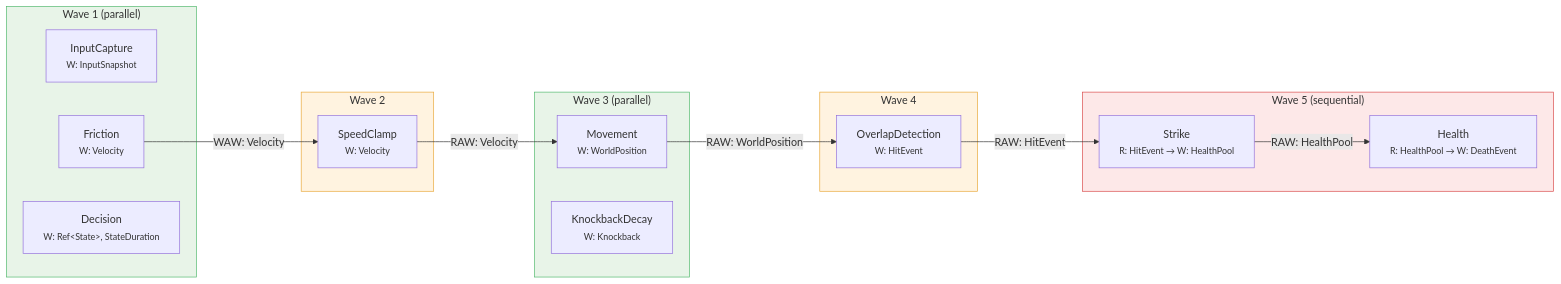
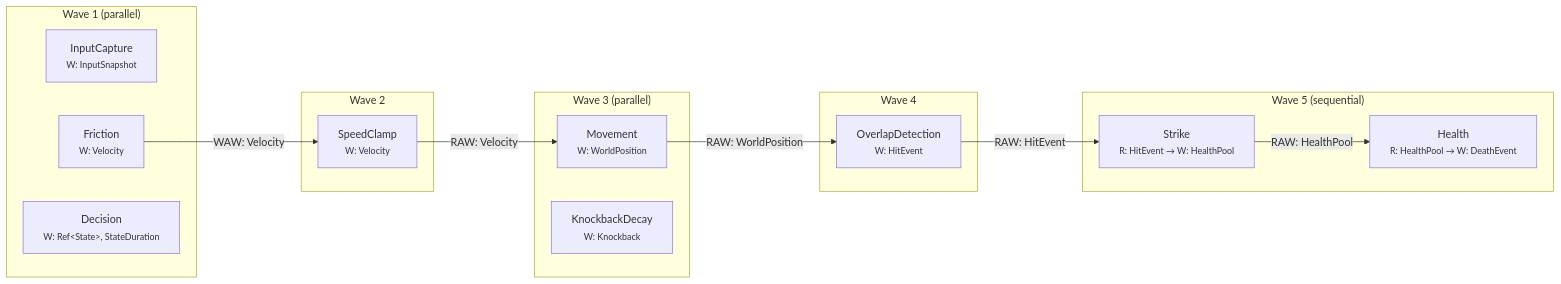
Diagram 14 of 21 in src/content/articles/another-way-to-engineer-a-game.md (fm39hz/fm39hz-blogs), drawn with Mermaid before and after one commit. The commit also changed other lines of this file, not shown here.

````diff
--- a/src/content/articles/another-way-to-engineer-a-game.md
+++ b/src/content/articles/another-way-to-engineer-a-game.md
@@ -567,38 +547,32 @@
 ```mermaid
 graph LR
     subgraph Wave1["Wave 1 (parallel)"]
         IC["InputCapture<br/><small>W: InputSnapshot</small>"]
         FR["Friction<br/><small>W: Velocity</small>"]
         DC["Decision<br/><small>W: Ref&lt;State&gt;, StateDuration</small>"]
     end
 
     subgraph Wave2["Wave 2"]
         SC["SpeedClamp<br/><small>W: Velocity</small>"]
     end
 
     subgraph Wave3["Wave 3 (parallel)"]
         MV["Movement<br/><small>W: WorldPosition</small>"]
         KB["KnockbackDecay<br/><small>W: Knockback</small>"]
     end
 
     subgraph Wave4["Wave 4"]
         OD["OverlapDetection<br/><small>W: HitEvent</small>"]
     end
 
     subgraph Wave5["Wave 5 (sequential)"]
         ST["Strike<br/><small>R: HitEvent → W: HealthPool</small>"]
         HE["Health<br/><small>R: HealthPool → W: DeathEvent</small>"]
     end
 
     FR -->|"WAW: Velocity"| SC
     SC -->|"RAW: Velocity"| MV
     MV -->|"RAW: WorldPosition"| OD
     OD -->|"RAW: HitEvent"| ST
     ST -->|"RAW: HealthPool"| HE
-
-    style Wave1 fill:#e8f4e8,stroke:#50b86c
-    style Wave2 fill:#fff3e0,stroke:#e8a838
-    style Wave3 fill:#e8f4e8,stroke:#50b86c
-    style Wave4 fill:#fff3e0,stroke:#e8a838
-    style Wave5 fill:#fde8e8,stroke:#d94a4a
 ```
````
